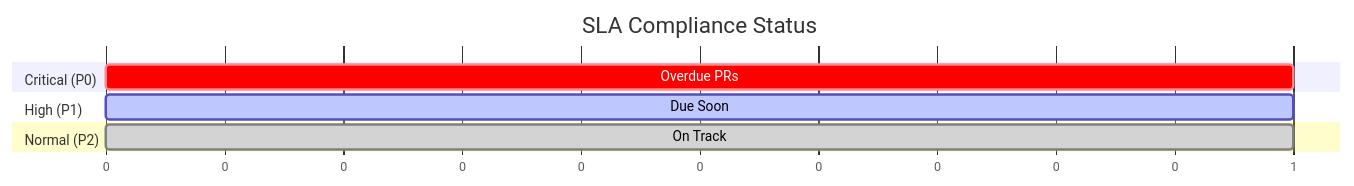
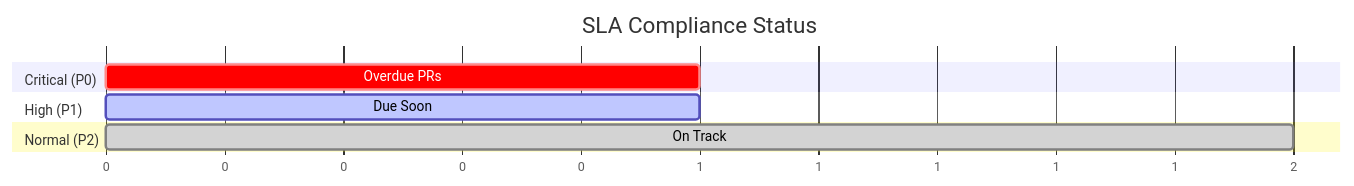
Before and after one commit to Nitsur10/invoice-dashboard-deploy: the fourth of 4 diagrams in docs/tracker.md, drawn with Mermaid. The commit also changed other lines of this file and 1 other file, not shown here.

````diff
--- a/docs/tracker.md
+++ b/docs/tracker.md
@@ -50,15 +50,15 @@
 ```mermaid
 gantt
     title SLA Compliance Status
     dateFormat X
     axisFormat %s
 
     section Critical (P0)
     Overdue PRs     :crit, 0, 1
 
     section High (P1)
     Due Soon       :active, 0, 1
 
     section Normal (P2)
-    On Track       :done, 0, 1
+    On Track       :done, 0, 2
 ```
````
